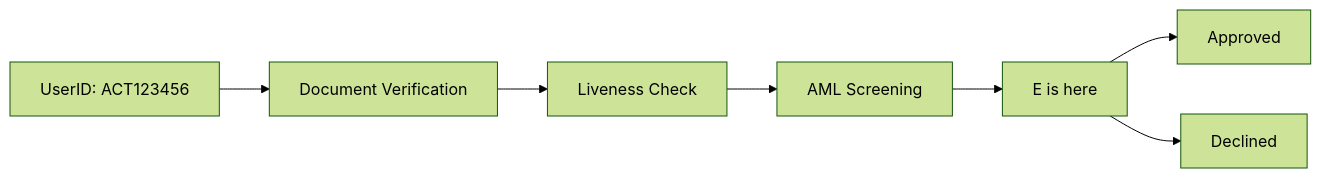
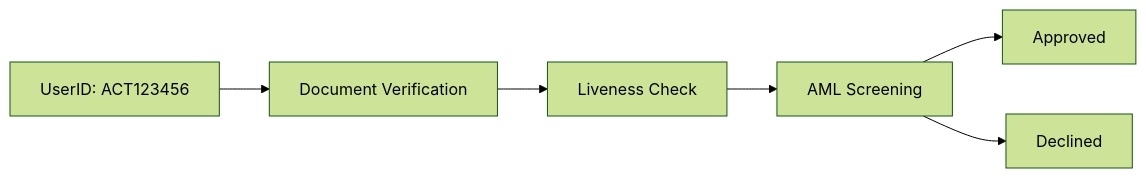
The diagram in id/id.mdx (Fantastic-Devs/Mintlify), drawn with Mermaid (forest theme) before and after one commit.

````diff
--- a/id/id.mdx
+++ b/id/id.mdx
@@ -17,17 +17,15 @@
 ```mermaid
 
 graph LR;
     A["`UserID: ACT123456`"]
     B["`Document Verification`"]
     C["`Liveness Check`"]
     D["`AML Screening`"]
-    E["`E is here`"]
-    F["`Approved`"]
-    G["`Declined`"]
+    E["`Approved`"]
+    F["`Declined`"]
     A--> B;
     B--> C;
     C--> D;
-    D--> E;
-    E--> F & G;
+    D--> E & F;
 
 ```
````
